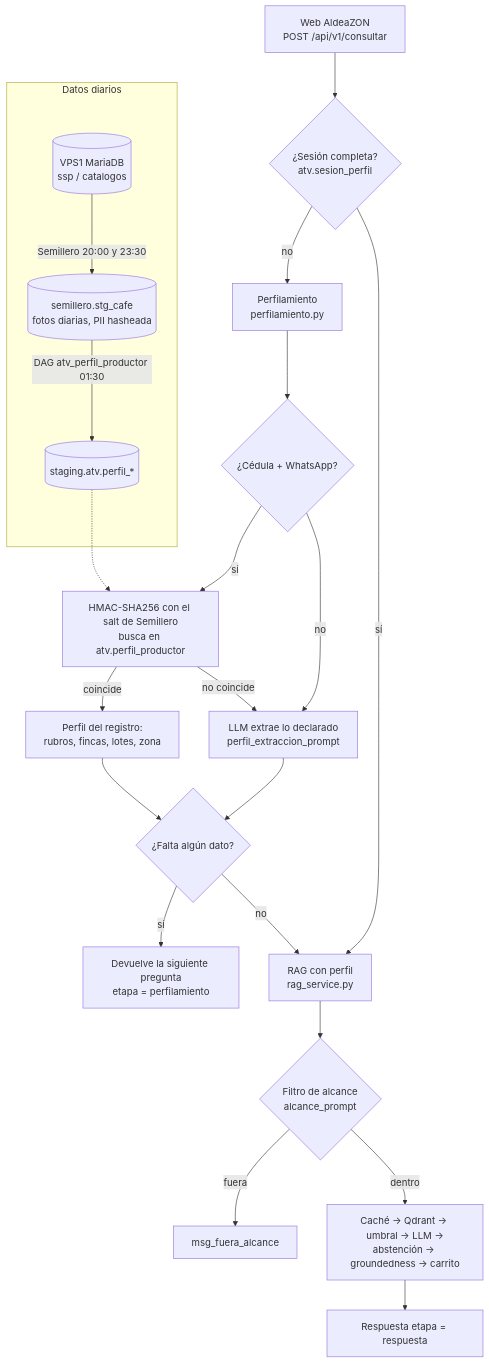
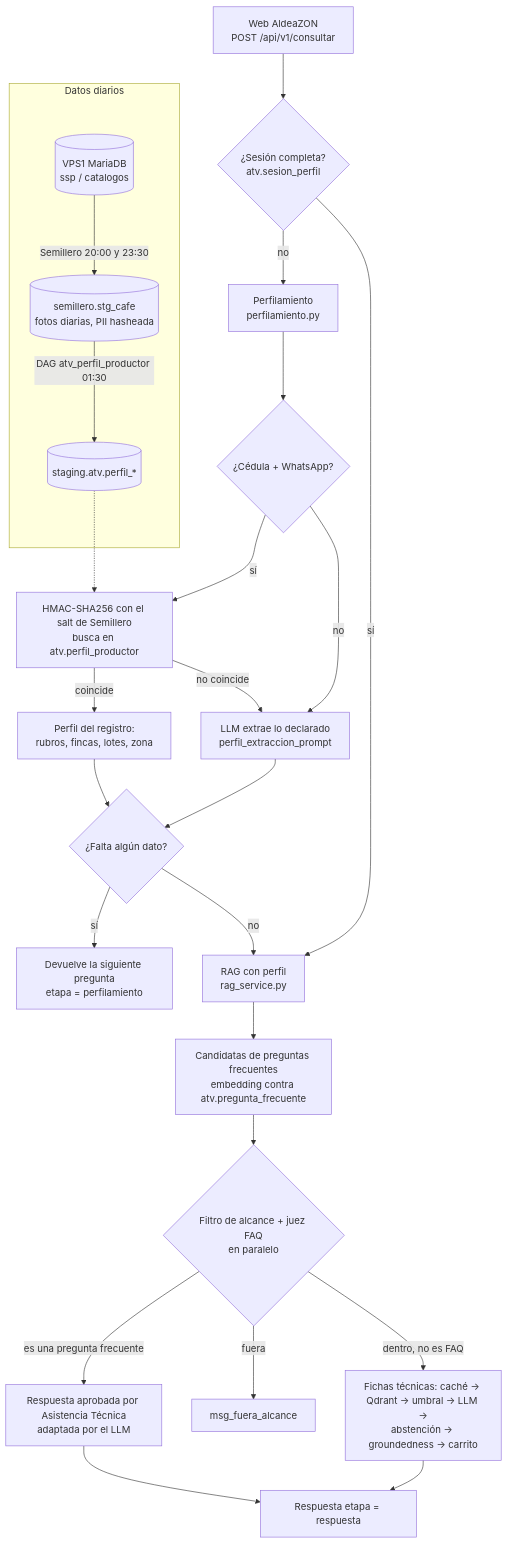
The diagram in README.md (dmostendata/aldeazon-atv), drawn with Mermaid before and after one commit. The commit also changed other lines of this file and 28 other files, not shown here.

First line of the commit message:
feat: preguntas frecuentes, cierre con producto AldeaZON y corpus de fichas v2

````diff
--- a/README.md
+++ b/README.md
@@ -759,25 +759,28 @@
 ```mermaid
 flowchart TD
     W[Web AldeaZON<br/>POST /api/v1/consultar] --> S{¿Sesión completa?<br/>atv.sesion_perfil}
     S -- no --> P[Perfilamiento<br/>perfilamiento.py]
     P --> I{¿Cédula + WhatsApp?}
     I -- sí --> H[HMAC-SHA256 con el salt de Semillero<br/>busca en atv.perfil_productor]
     H -- coincide --> R[Perfil del registro:<br/>rubros, fincas, lotes, zona]
     H -- no coincide --> X
     I -- no --> X[LLM extrae lo declarado<br/>perfil_extraccion_prompt]
     R --> F{¿Falta algún dato?}
     X --> F
     F -- sí --> Q[Devuelve la siguiente pregunta<br/>etapa = perfilamiento]
     F -- no --> G
     S -- sí --> G[RAG con perfil<br/>rag_service.py]
-    G --> A{Filtro de alcance<br/>alcance_prompt}
+    G --> FQ[Candidatas de preguntas frecuentes<br/>embedding contra atv.pregunta_frecuente]
+    FQ --> A{Filtro de alcance + juez FAQ<br/>en paralelo}
+    A -- es una pregunta frecuente --> RF[Respuesta aprobada por Asistencia Técnica<br/>adaptada por el LLM]
     A -- fuera --> FA[msg_fuera_alcance]
-    A -- dentro --> C[Caché → Qdrant → umbral → LLM →<br/>abstención → groundedness → carrito]
+    A -- dentro, no es FAQ --> C[Fichas técnicas: caché → Qdrant → umbral → LLM →<br/>abstención → groundedness → carrito]
     C --> RES[Respuesta etapa = respuesta]
+    RF --> RES
 
     subgraph Datos diarios
       M[(VPS1 MariaDB<br/>ssp / catalogos)] -- Semillero 20:00 y 23:30 --> STG[(semillero.stg_cafe<br/>fotos diarias, PII hasheada)]
       STG -- DAG atv_perfil_productor 01:30 --> AP[(staging.atv.perfil_*)]
     end
     AP -.-> H
 ```
````
